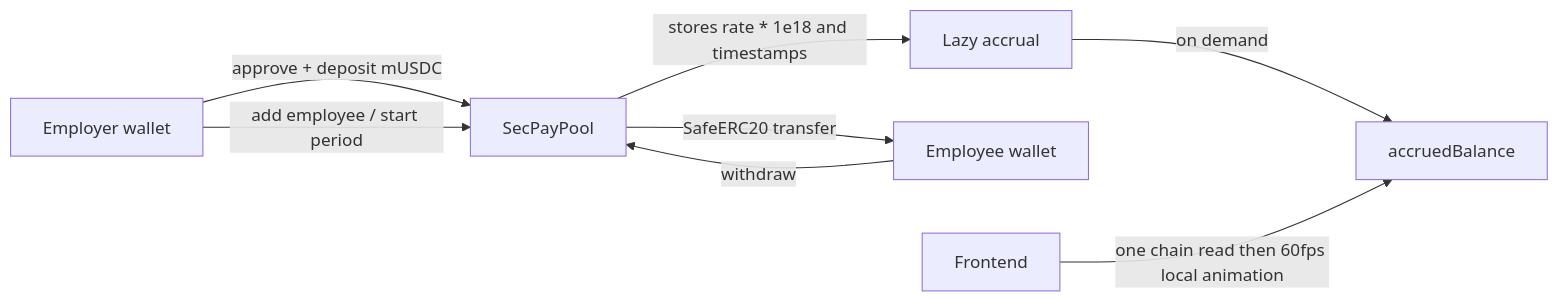
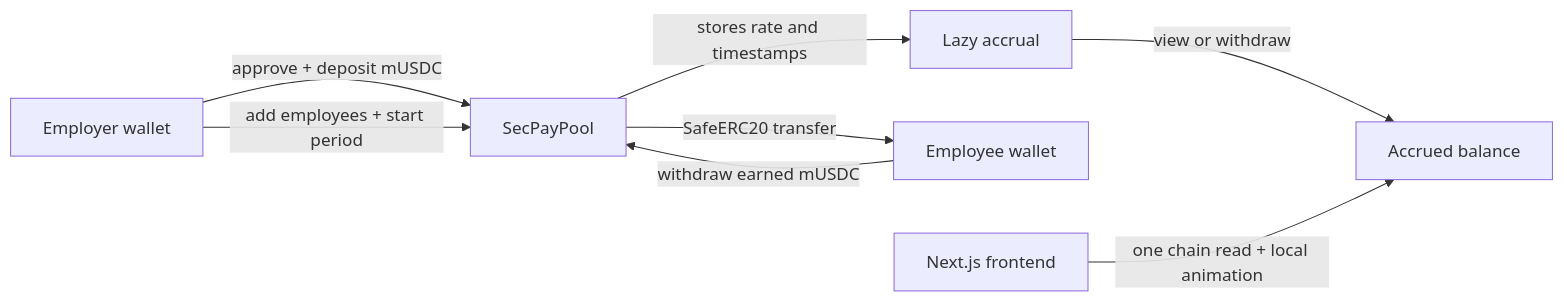
One commit to kida256-glitch/secpay changed the diagram in README.md. Above: the diagram before and after it, drawn with Mermaid. The commit also changed other lines of this file, not shown here.

````diff
--- a/README.md
+++ b/README.md
@@ -9,10 +18,10 @@
 ```mermaid
 flowchart LR
   E[Employer wallet] -->|approve + deposit mUSDC| P[SecPayPool]
-  E -->|add employee / start period| P
-  P -->|stores rate * 1e18 and timestamps| A[Lazy accrual]
-  A -->|on demand| B[accruedBalance]
-  W[Employee wallet] -->|withdraw| P
+  E -->|add employees + start period| P
+  P -->|stores rate and timestamps| L[Lazy accrual]
+  L -->|view or withdraw| A[Accrued balance]
+  W[Employee wallet] -->|withdraw earned mUSDC| P
   P -->|SafeERC20 transfer| W
-  F[Frontend] -->|one chain read then 60fps local animation| B
+  F[Next.js frontend] -->|one chain read + local animation| A
 ```
````
